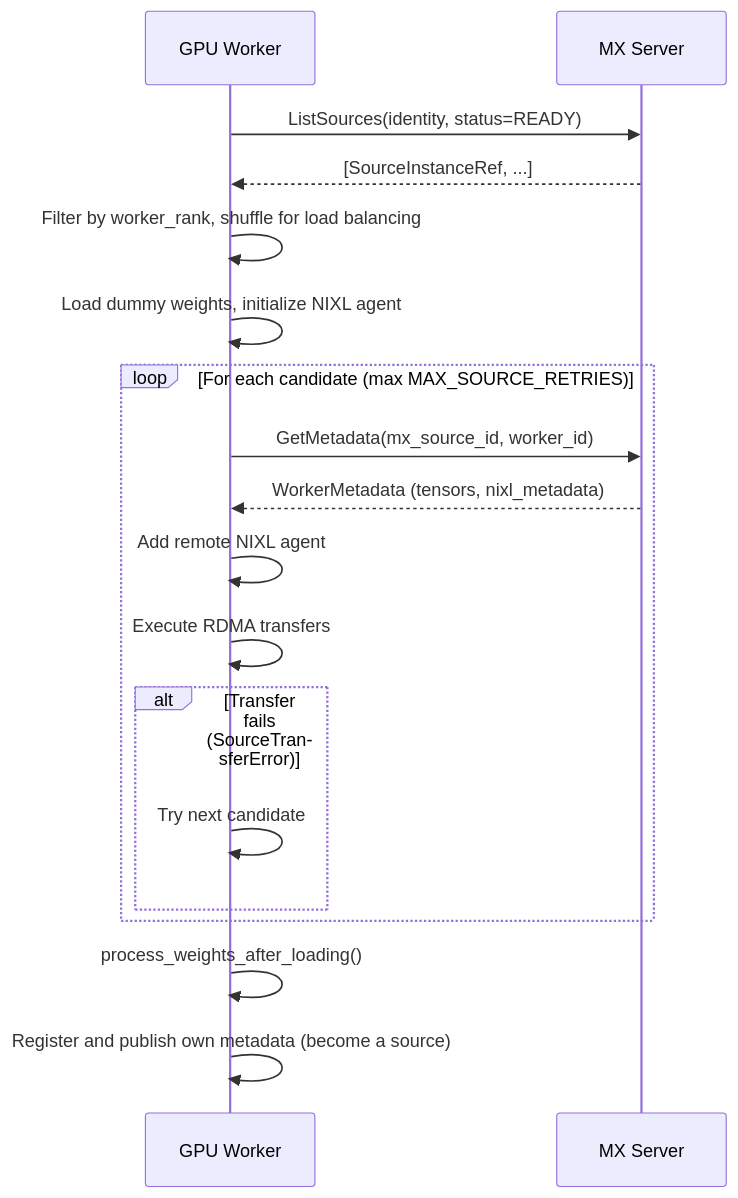
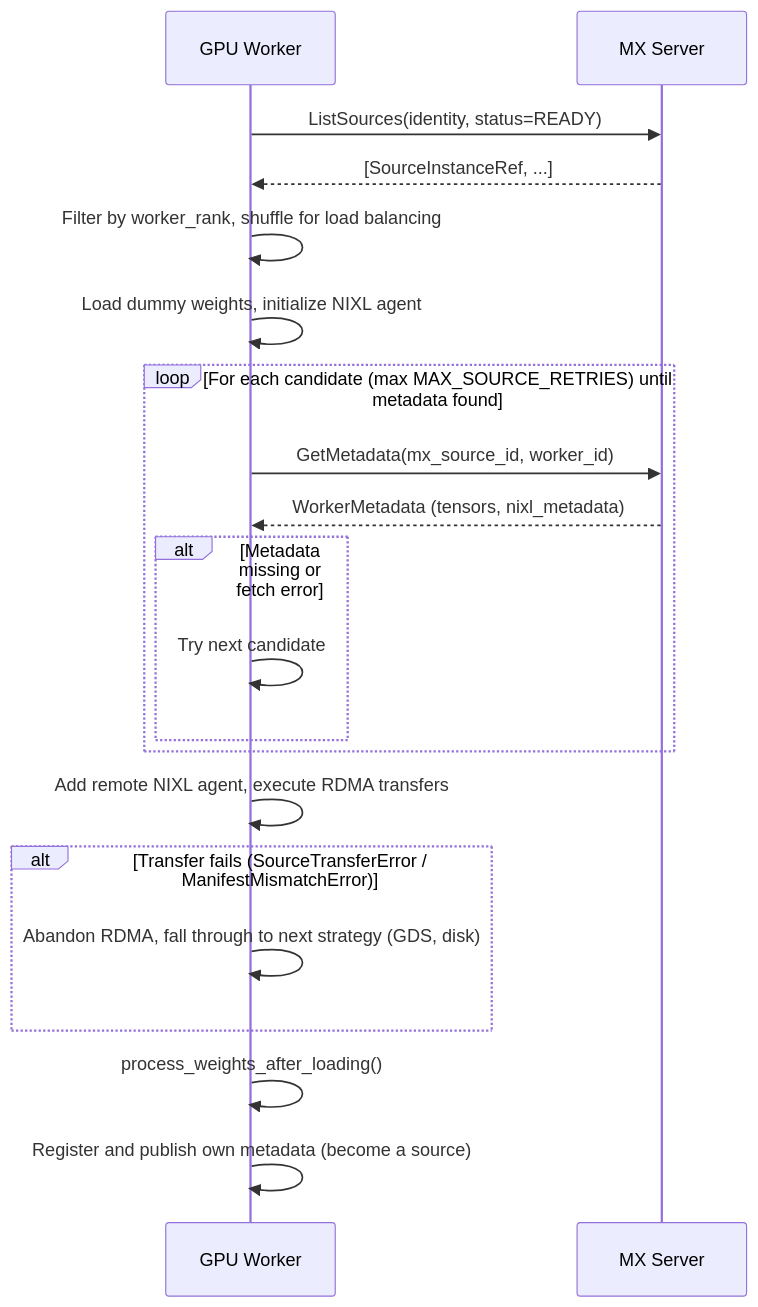
Before and after one commit to ai-dynamo/modelexpress: the third of 3 diagrams in docs/metadata.md, drawn with Mermaid. The commit also changed 1 other file, not shown here.

Commit message:
docs: correct RDMA candidate-retry semantics (QA bug, MX 0.4.0)
The RdmaStrategy candidate loop retries the next source only for
pre-transfer metadata misses (no metadata found, GetMetadata error).
Once _load_as_target() begins the RDMA receive, a SourceTransferError
or ManifestMismatchError is raised as StrategyFailed(mutated=True) and
the chain falls through to the next strategy (GDS, then disk), not the
next source. ManifestMismatchError is also funneled into
SourceTransferError by the receive path, so it follows the same
fall-through, not next-candidate retry.

ARCHITECTURE.md, metadata.md previously documented next-candidate retry
on transfer failure, which never matched this code path. Align the docs
(strategy table, ManifestMismatchError paragraph, target-path mermaid)
with the implementation in
modelexpress_client/python/modelexpress/load_strategy/rdma_strategy.py.

````diff
--- a/docs/metadata.md
+++ b/docs/metadata.md
@@ -335,21 +335,23 @@
 ```mermaid
 sequenceDiagram
     participant W as GPU Worker
     participant MX as MX Server
 
     W->>MX: ListSources(identity, status=READY)
     MX-->>W: [SourceInstanceRef, ...]
     W->>W: Filter by worker_rank, shuffle for load balancing
     W->>W: Load dummy weights, initialize NIXL agent
-    loop For each candidate (max MAX_SOURCE_RETRIES)
+    loop For each candidate (max MAX_SOURCE_RETRIES) until metadata found
         W->>MX: GetMetadata(mx_source_id, worker_id)
         MX-->>W: WorkerMetadata (tensors, nixl_metadata)
-        W->>W: Add remote NIXL agent
-        W->>W: Execute RDMA transfers
-        alt Transfer fails (SourceTransferError)
+        alt Metadata missing or fetch error
             W->>W: Try next candidate
         end
+    end
+    W->>W: Add remote NIXL agent, execute RDMA transfers
+    alt Transfer fails (SourceTransferError / ManifestMismatchError)
+        W->>W: Abandon RDMA, fall through to next strategy (GDS, disk)
     end
     W->>W: process_weights_after_loading()
     W->>W: Register and publish own metadata (become a source)
 ```
````
